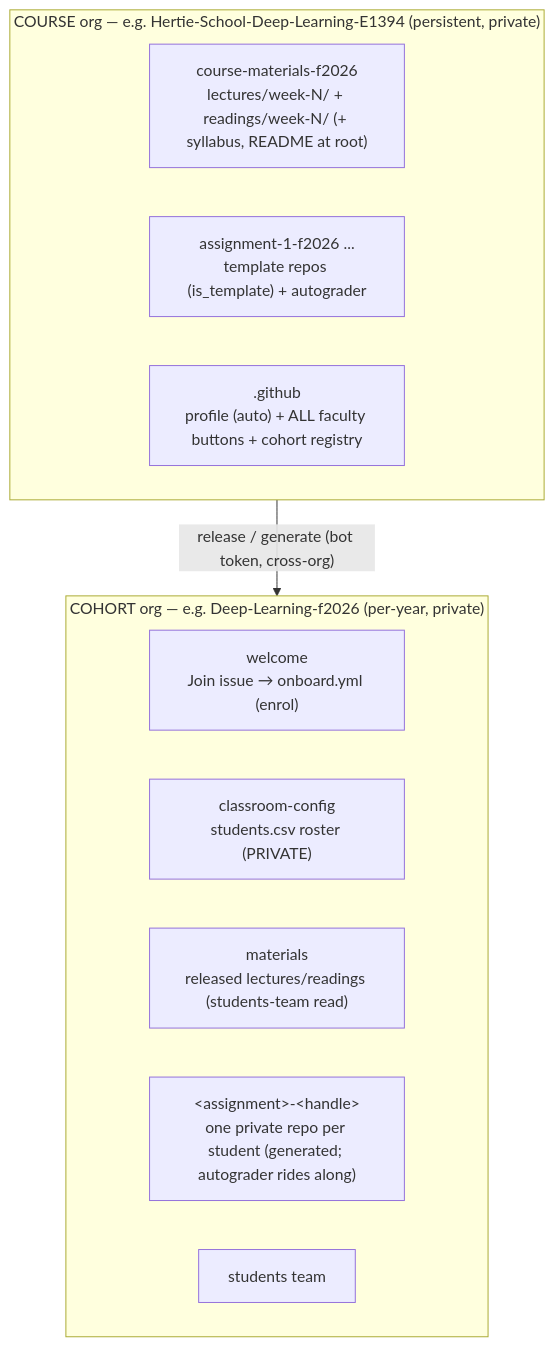
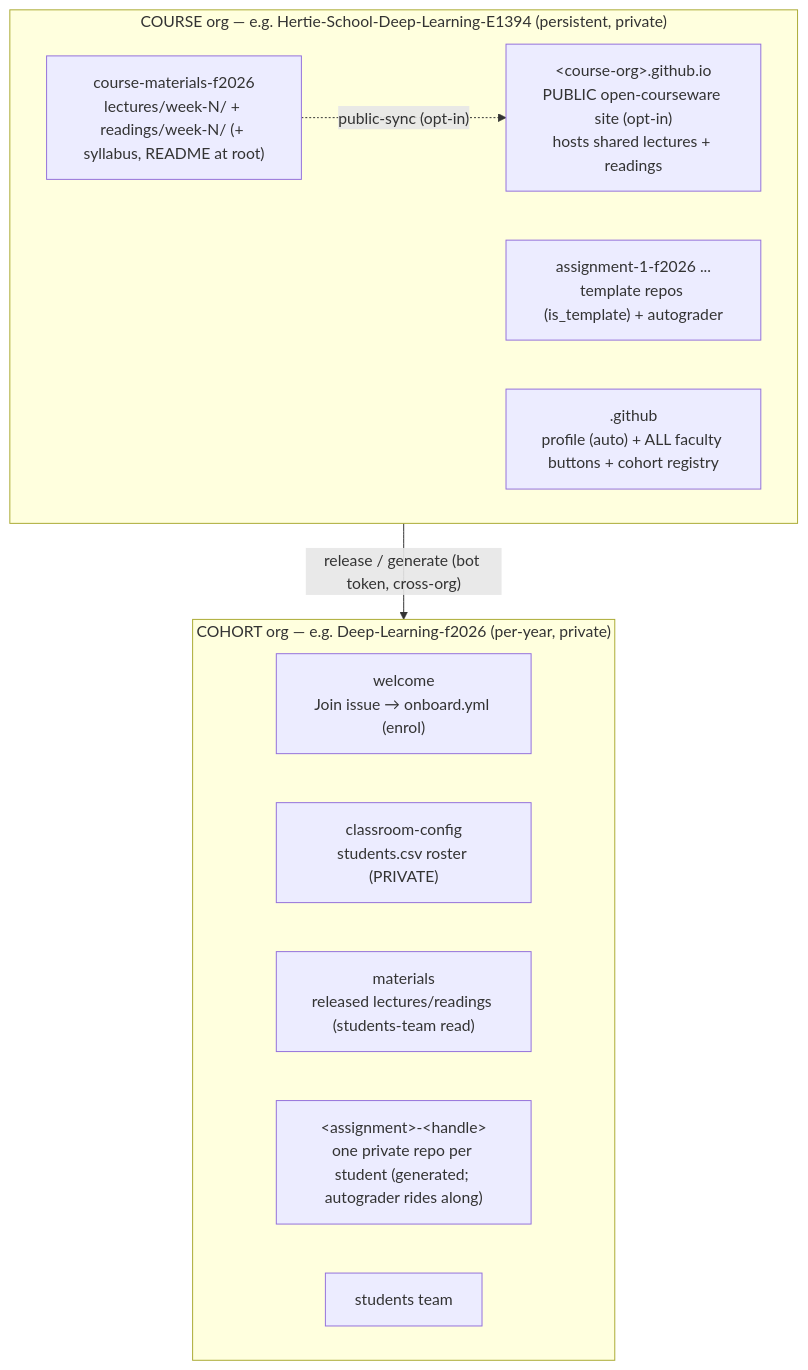
The diagram in README.md (hertie-data-science-lab/dsl-teaching-course-setup), drawn with Mermaid before and after one commit. The commit also changed other lines of this file, not shown here.

Commit message:
docs: reword org-tier model and add opt-in public site to diagram (#32)

````diff
--- a/README.md
+++ b/README.md
@@ -17,18 +17,20 @@
 ```mermaid
 flowchart TB
   subgraph COURSE["COURSE org — e.g. Hertie-School-Deep-Learning-E1394 (persistent, private)"]
     mat["course-materials-f2026<br/>lectures/week-N/ + readings/week-N/ (+ syllabus, README at root)"]
     tmpl["assignment-1-f2026 ...<br/>template repos (is_template) + autograder"]
     gh[".github<br/>profile (auto) + ALL faculty buttons + cohort registry"]
+    pub["&lt;course-org&gt;.github.io<br/>PUBLIC open-courseware site (opt-in)<br/>hosts shared lectures + readings"]
+    mat -.->|"public-sync (opt-in)"| pub
   end
 
   subgraph COHORT["COHORT org — e.g. Deep-Learning-f2026 (per-year, private)"]
     welcome["welcome<br/>Join issue → onboard.yml (enrol)"]
     cfg["classroom-config<br/>students.csv roster (PRIVATE)"]
     cmat["materials<br/>released lectures/readings (students-team read)"]
     repos["&lt;assignment&gt;-&lt;handle&gt;<br/>one private repo per student (generated; autograder rides along)"]
     team["students team"]
   end
 
   COURSE -->|"release / generate (bot token, cross-org)"| COHORT
 ```
````
